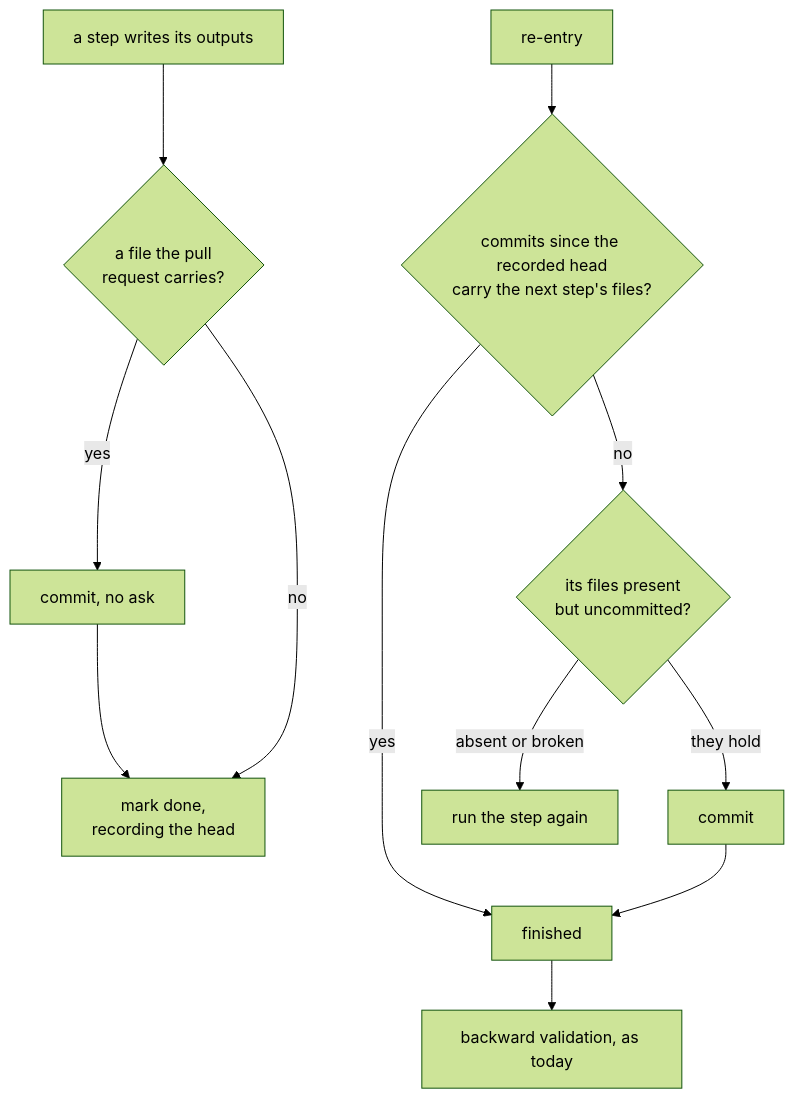
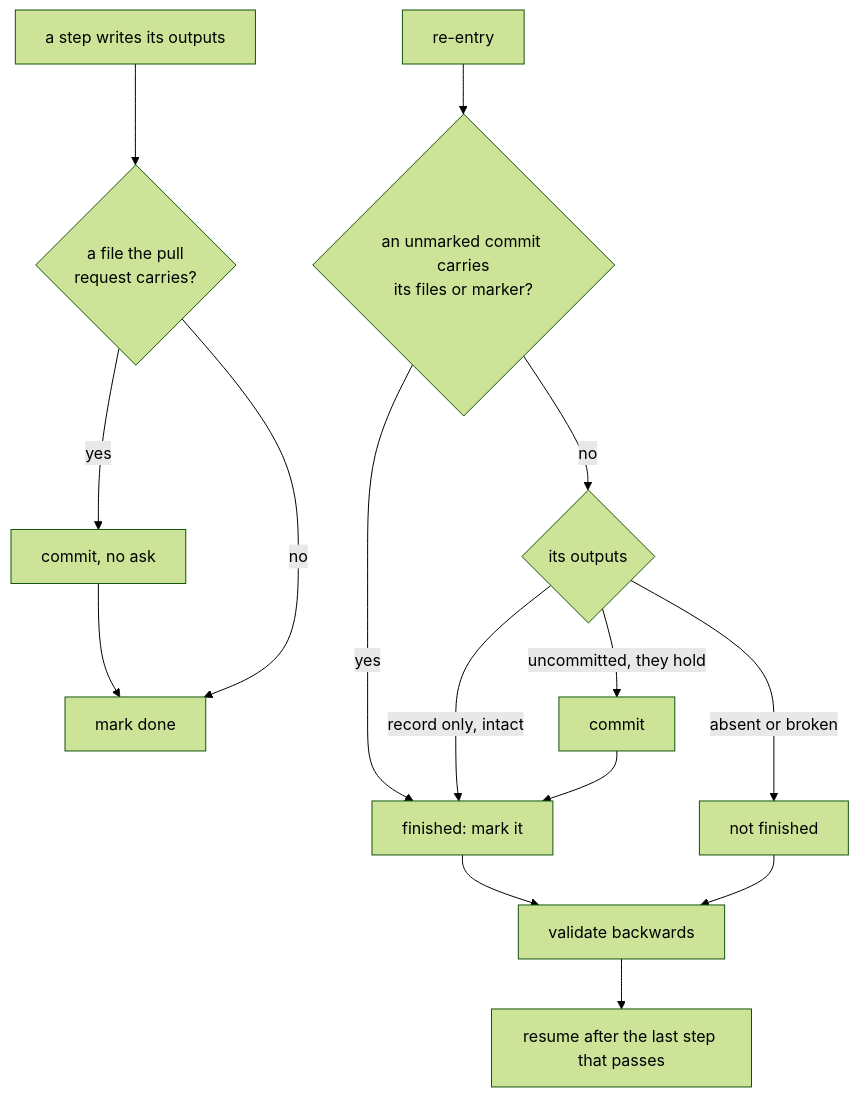
The first of 2 diagrams in ai-docs/plans/2026-11-03-commit-each-workflow-step.design.md (JeriC4o/agent-harness), drawn with Mermaid (forest theme) before and after one commit. The commit also changed other lines of this file and 1 other file, not shown here.

Commit message:
GH-180: docs(plan): design round 2 — per-step commit naming, freeze by marker

````diff
--- a/ai-docs/plans/2026-11-03-commit-each-workflow-step.design.md
+++ b/ai-docs/plans/2026-11-03-commit-each-workflow-step.design.md
@@ -29,12 +33,15 @@
 ```mermaid
 flowchart TD
     W["a step writes its outputs"] --> S{"a file the pull<br/>request carries?"}
-    S -->|yes| C["commit, no ask"] --> M["mark done,<br/>recording the head"]
+    S -->|yes| C["commit, no ask"] --> M["mark done"]
     S -->|no| M
-    R["re-entry"] --> N{"commits since the recorded head<br/>carry the next step's files?"}
-    N -->|yes| F["finished"]
-    N -->|no| U{"its files present<br/>but uncommitted?"}
-    U -->|"they hold"| C2["commit"] --> F
-    U -->|"absent or broken"| RD["run the step again"]
-    F --> B["backward validation, as today"]
+    R["re-entry"] --> N{"an unmarked commit carries<br/>its files or marker?"}
+    N -->|yes| F["finished: mark it"]
+    N -->|no| U{"its outputs"}
+    U -->|"record only, intact"| F
+    U -->|"uncommitted, they hold"| C2["commit"] --> F
+    U -->|"absent or broken"| NF["not finished"]
+    F --> B["validate backwards"]
+    NF --> B
+    B --> RS["resume after the last step that passes"]
 ```
````
